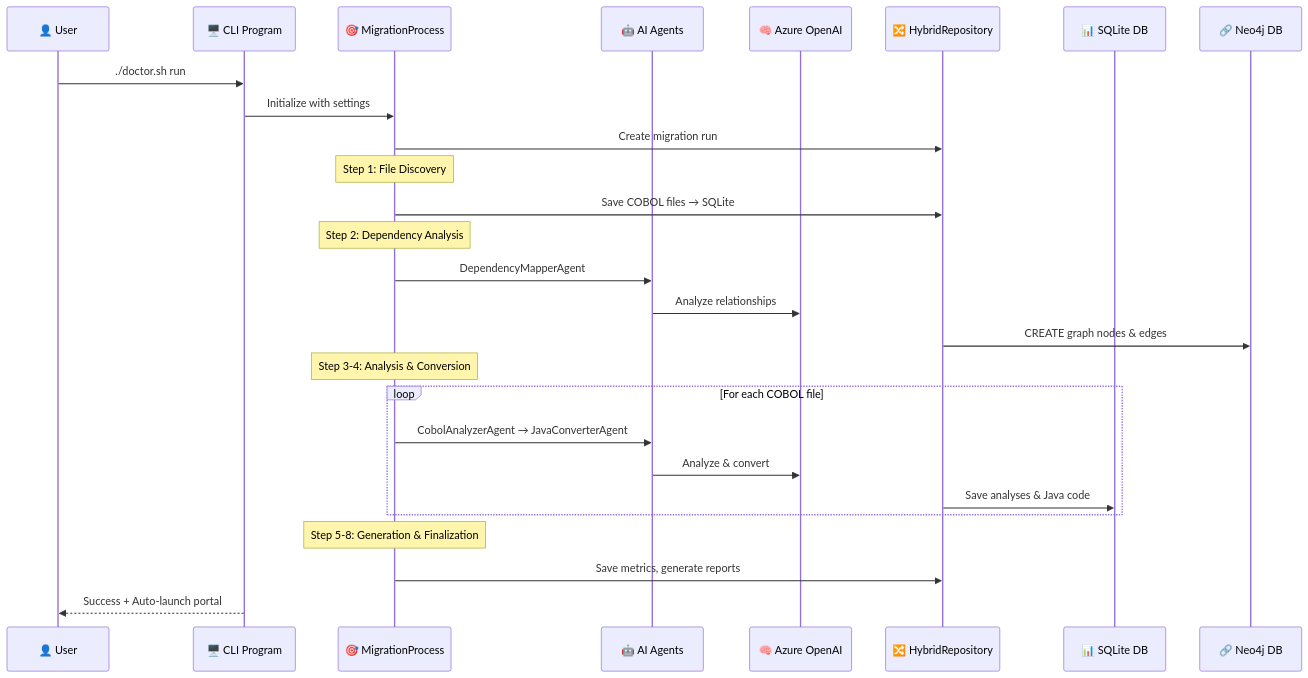
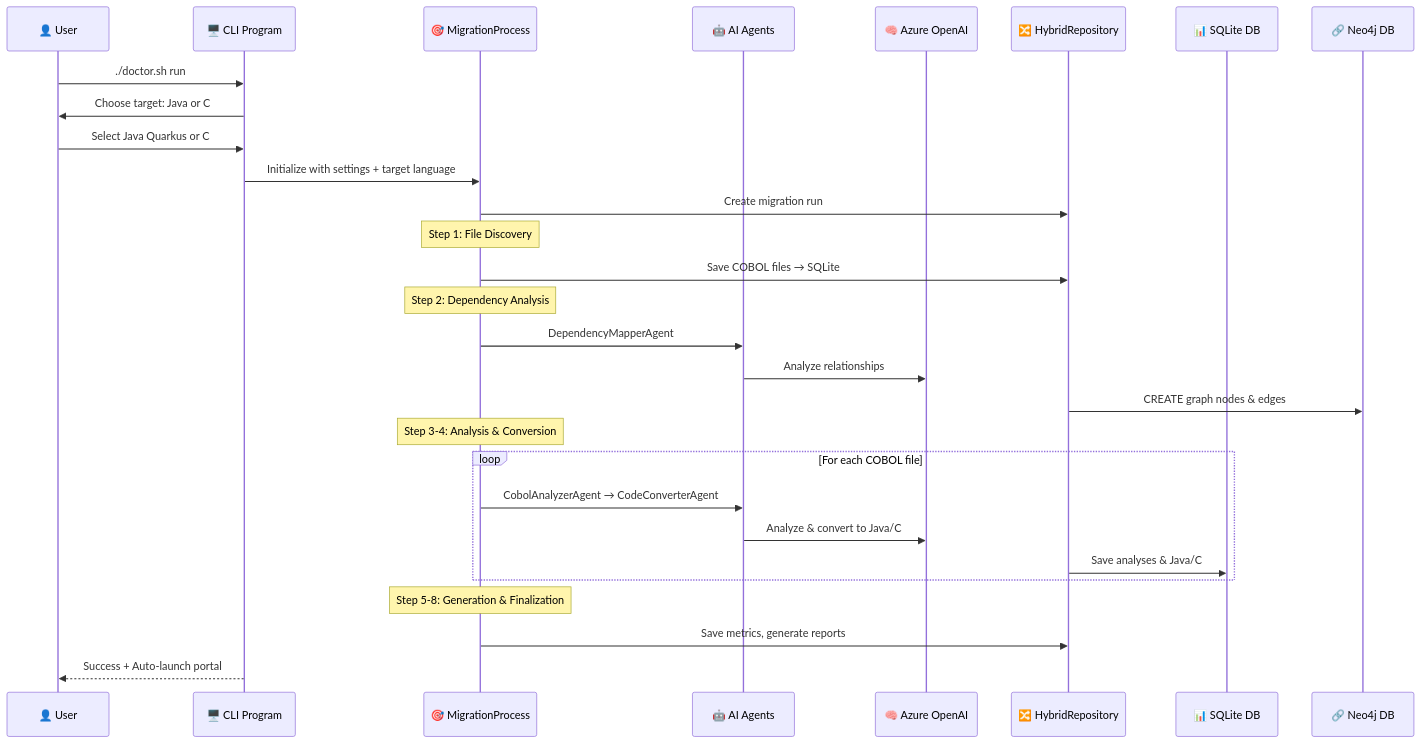
The fourth of 4 diagrams in README.md (Azure-Samples/Legacy-Modernization-Agents), drawn with Mermaid before and after one commit. The commit also changed other lines of this file and 40 other files, not shown here.

````diff
--- a/README.md
+++ b/README.md
@@ -648,34 +854,36 @@
 ```mermaid
 sequenceDiagram
     participant User as 👤 User
     participant CLI as 🖥️ CLI Program
     participant Process as 🎯 MigrationProcess
     participant Agents as 🤖 AI Agents
     participant AI as 🧠 Azure OpenAI
     participant Repo as 🔀 HybridRepository
     participant SQLite as 📊 SQLite DB
     participant Neo4j as 🔗 Neo4j DB
     
     User->>CLI: ./doctor.sh run
-    CLI->>Process: Initialize with settings
+    CLI->>User: Choose target: Java or C#?
+    User->>CLI: Select Java Quarkus or C# .NET
+    CLI->>Process: Initialize with settings + target language
     Process->>Repo: Create migration run
     
     Note over Process: Step 1: File Discovery
     Process->>Repo: Save COBOL files → SQLite
     
     Note over Process: Step 2: Dependency Analysis
     Process->>Agents: DependencyMapperAgent
     Agents->>AI: Analyze relationships
     Repo->>Neo4j: CREATE graph nodes & edges
     
     Note over Process: Step 3-4: Analysis & Conversion
     loop For each COBOL file
-        Process->>Agents: CobolAnalyzerAgent → JavaConverterAgent
-        Agents->>AI: Analyze & convert
-        Repo->>SQLite: Save analyses & Java code
+        Process->>Agents: CobolAnalyzerAgent → CodeConverterAgent
+        Agents->>AI: Analyze & convert to Java/C#
+        Repo->>SQLite: Save analyses & Java/C# code
     end
     
     Note over Process: Step 5-8: Generation & Finalization
     Process->>Repo: Save metrics, generate reports
     CLI-->>User: Success + Auto-launch portal
 ```
````
